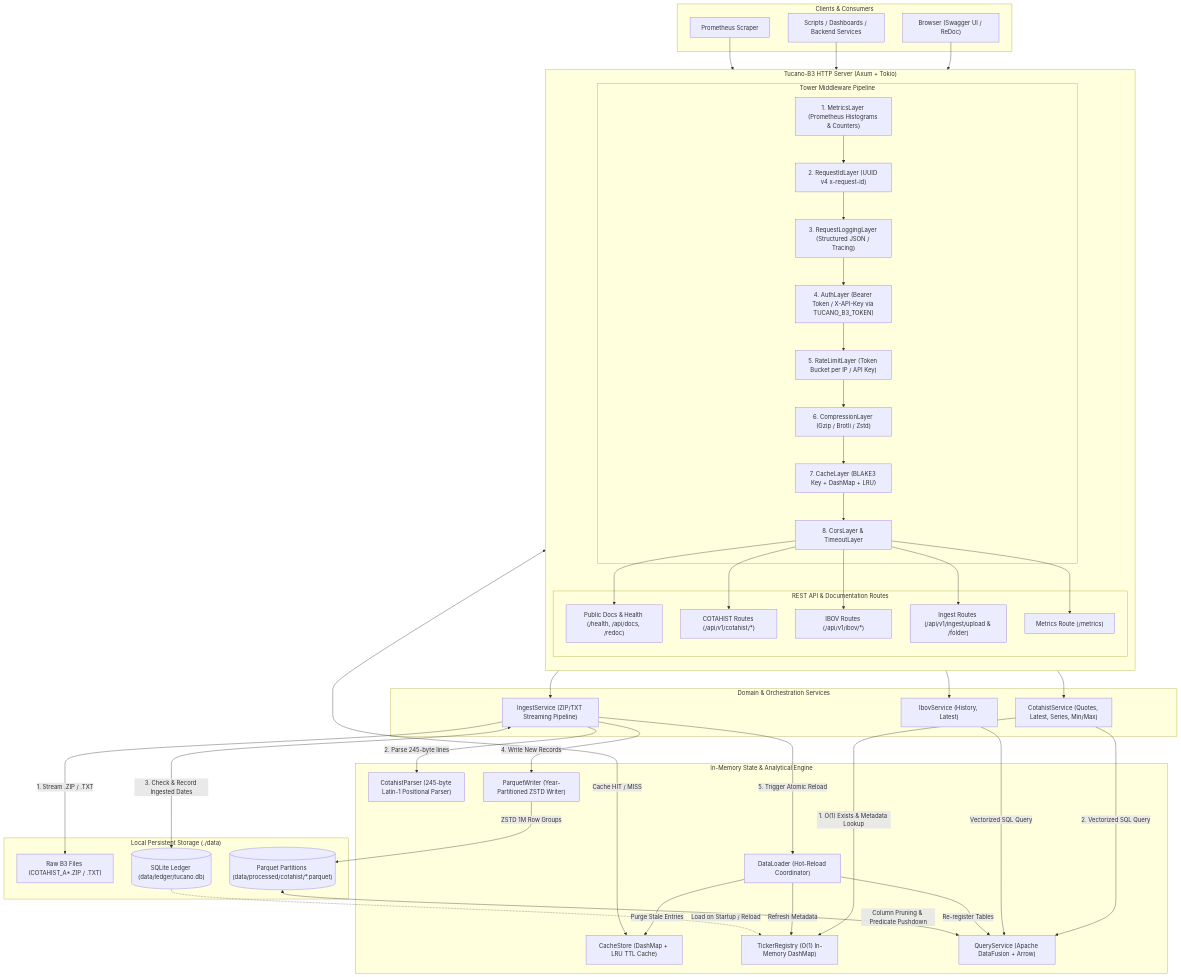
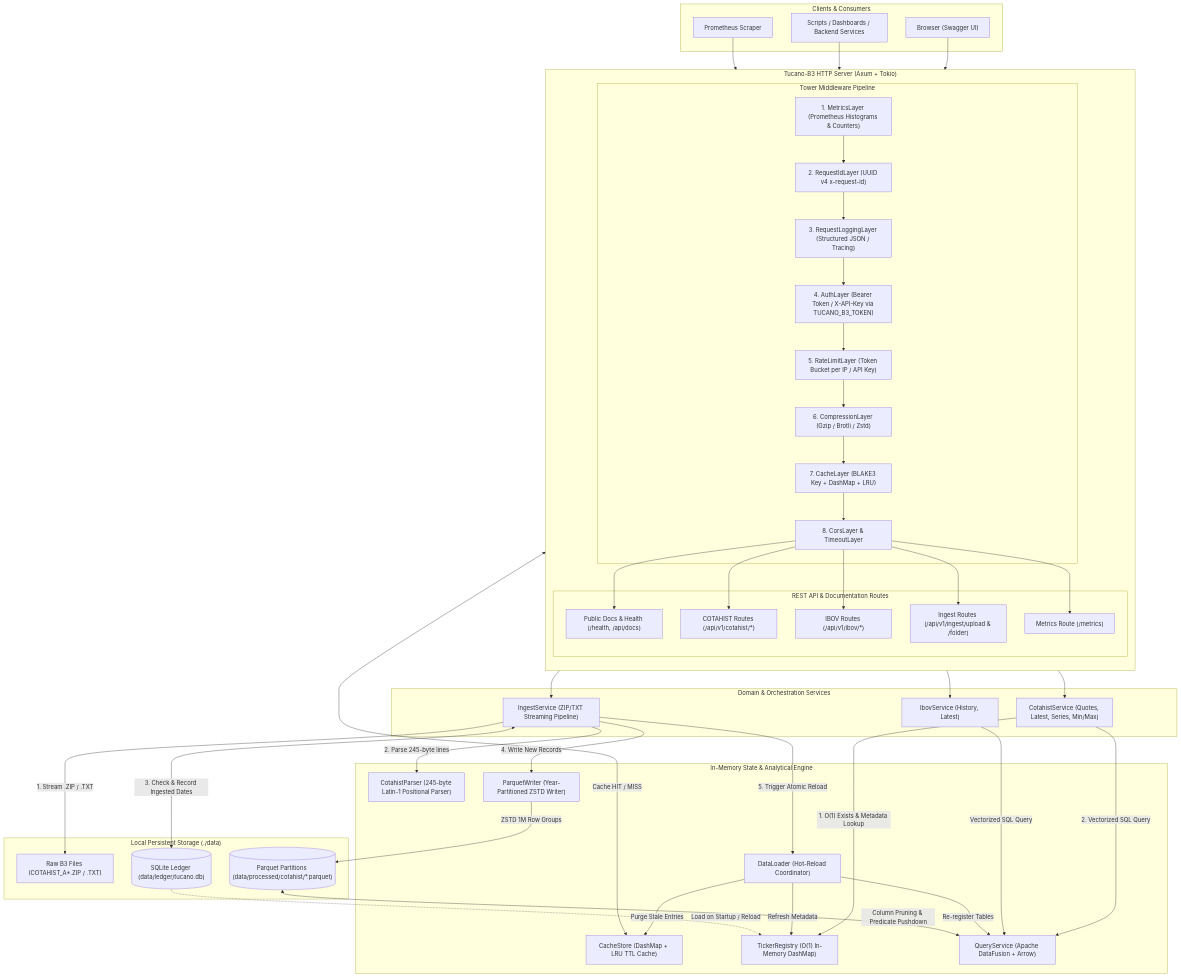
The diagram in architecture.md (JoseLArantes/tucano-b3), drawn with Mermaid before and after one commit. The commit also changed other lines of this file and 65 other files, not shown here.

````diff
--- a/architecture.md
+++ b/architecture.md
@@ -106,7 +106,7 @@
 ```mermaid
 flowchart TD
     subgraph Clients["Clients & Consumers"]
-        Browser["Browser (Swagger UI / ReDoc)"]
+        Browser["Browser (Swagger UI)"]
         AppClient["Scripts / Dashboards / Backend Services"]
         Prometheus["Prometheus Scraper"]
     end
@@ -126,7 +126,7 @@
         end
 
         subgraph Routes["REST API & Documentation Routes"]
-            DocsRoutes["Public Docs & Health (/health, /api/docs, /redoc)"]
+            DocsRoutes["Public Docs & Health (/health, /api/docs)"]
             CotahistRoutes["COTAHIST Routes (/api/v1/cotahist/*)"]
             IbovRoutes["IBOV Routes (/api/v1/ibov/*)"]
             IngestRoutes["Ingest Routes (/api/v1/ingest/upload & /folder)"]
````
